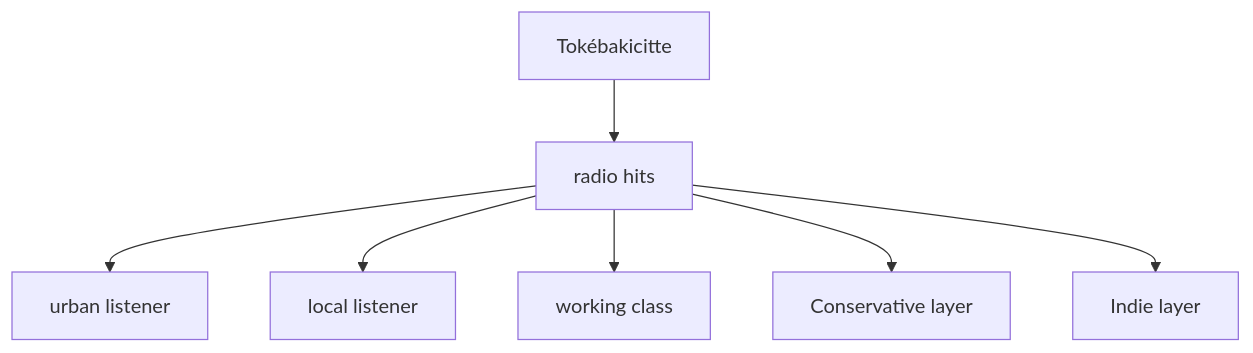
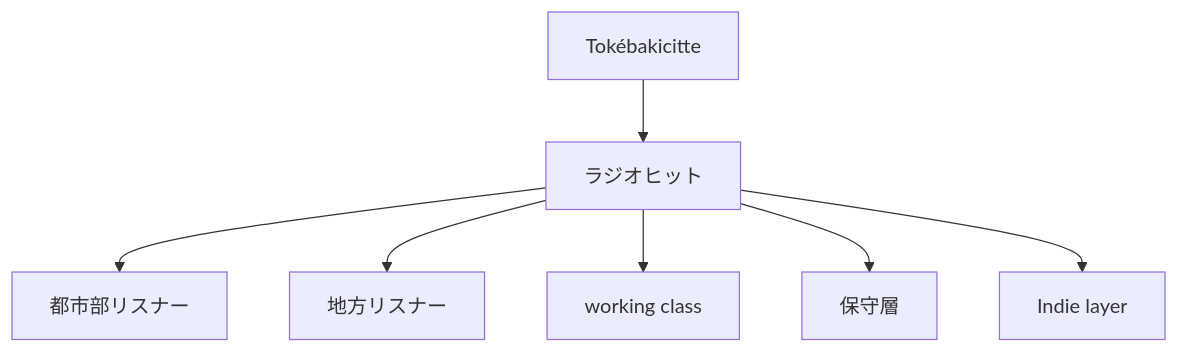
One commit to monumental-movement/monumental-movement.github.io changed the fourth of 7 diagrams in en/_posts/2026-05-09-column-jerome-50.md. Above: the diagram before and after it, drawn with Mermaid. The commit also changed other lines of this file and 2196 other files, not shown here.

```diff
--- a/en/_posts/2026-05-09-column-jerome-50.md
+++ b/en/_posts/2026-05-09-column-jerome-50.md
@@ -185,9 +185,9 @@
 <div class="mermaid">
 graph TD
-A[Tokébakicitte] --> B[radio hits]
-B --> C[urban listener]
-B --> D[local listener]
+A[Tokébakicitte] --> B[ラジオヒット]
+B --> C[都市部リスナー]
+B --> D[地方リスナー]
 B --> E[working class]
-B --> F[Conservative layer]
+B --> F[保守層]
 B --> G[Indie layer]
 </div>
```
